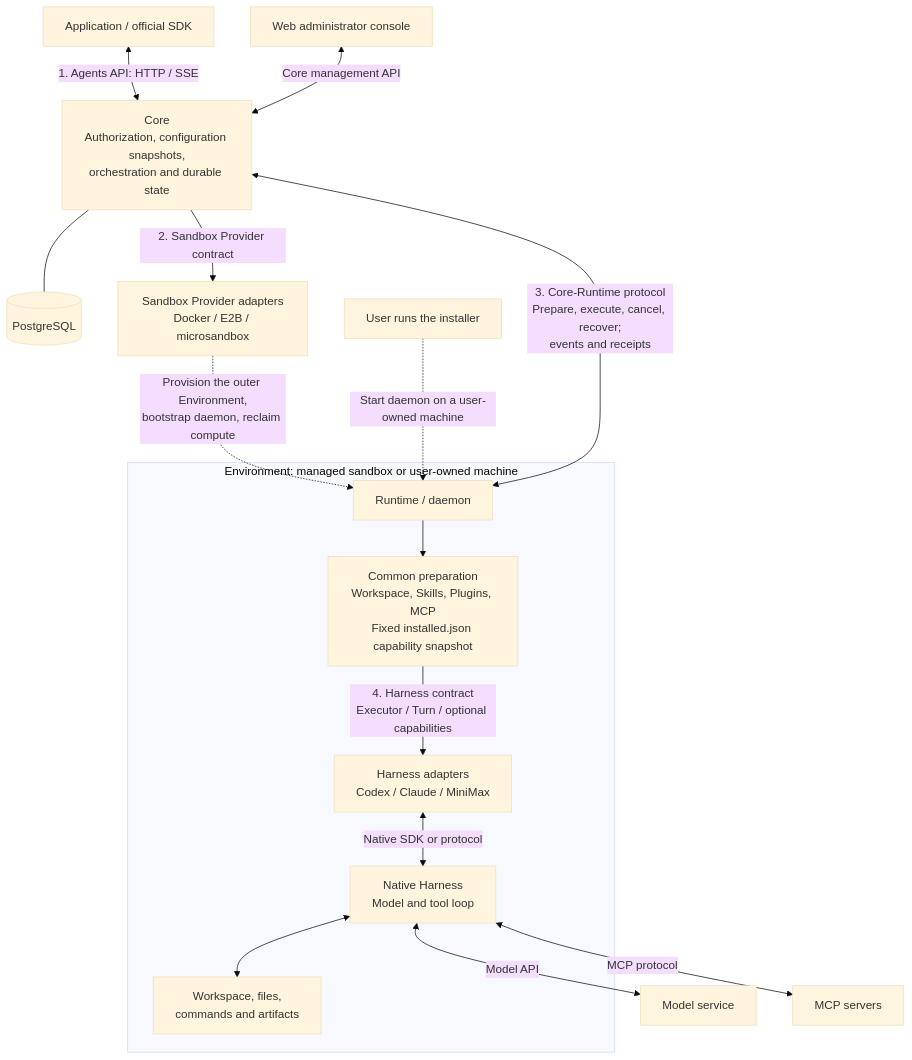
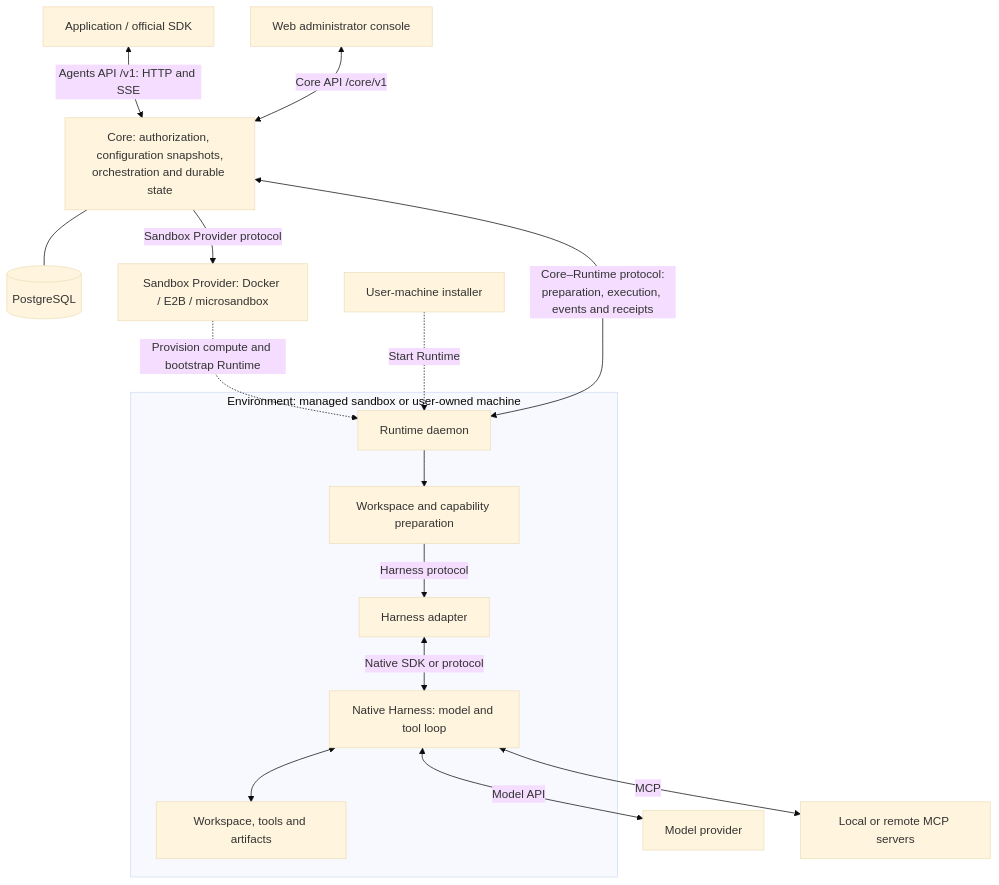
One commit to AllureCurtain/OpenAgentCore changed the diagram in docs/architecture.md. Above: the diagram before and after it, drawn with Mermaid (base theme). The commit also changed other lines of this file and 31 other files, not shown here.

````diff
--- a/docs/architecture.md
+++ b/docs/architecture.md
@@ -9,27 +5,19 @@
 ```mermaid
 flowchart TB
-    App["Application / official SDK"] <-->|"1. Agents API: HTTP / SSE"| Core
-    Web["Web administrator console"] <-->|"Core management API"| Core
-    Core["Core<br/>Authorization, configuration snapshots,<br/>orchestration and durable state"]
+    App["Application / official SDK"] <-->|"Agents API /v1: HTTP and SSE"| Core
+    Web["Web administrator console"] <-->|"Core API /core/v1"| Core
+    Core["Core: authorization, configuration snapshots,<br/>orchestration and durable state"]
     Core --- DB[("PostgreSQL")]
-
-    Core -->|"2. Sandbox Provider contract"| SP["Sandbox Provider adapters<br/>Docker / E2B / microsandbox"]
-    SP -.->|"Provision the outer Environment,<br/>bootstrap daemon, reclaim compute"| R
-    User["User runs the installer"] -.->|"Start daemon on a user-owned machine"| R
-    Core <-->|"3. Core-Runtime protocol<br/>Prepare, execute, cancel, recover;<br/>events and receipts"| R
-
+    Core -->|"Sandbox Provider protocol"| SP["Sandbox Provider: Docker / E2B / microsandbox"]
+    SP -.->|"Provision compute and bootstrap Runtime"| R
+    User["User-machine installer"] -.->|"Start Runtime"| R
+    Core <-->|"Core–Runtime protocol:<br/>preparation, execution, events and receipts"| R
     subgraph Env["Environment: managed sandbox or user-owned machine"]
-        R["Runtime / daemon"]
-        P["Common preparation<br/>Workspace, Skills, Plugins, MCP<br/>Fixed installed.json capability snapshot"]
-        A["Harness adapters<br/>Codex / Claude / MiniMax"]
-        H["Native Harness<br/>Model and tool loop"]
-        F["Workspace, files,<br/>commands and artifacts"]
-        R --> P
-        P -->|"4. Harness contract<br/>Executor / Turn / optional capabilities"| A
-        A <-->|"Native SDK or protocol"| H
-        H <--> F
+        R["Runtime daemon"] --> P["Workspace and capability preparation"]
+        P -->|"Harness protocol"| A["Harness adapter"]
+        A <-->|"Native SDK or protocol"| H["Native Harness: model and tool loop"]
+        H <--> F["Workspace, tools and artifacts"]
     end
-
-    H <-->|"Model API"| Model["Model service"]
-    H <-->|"MCP protocol"| MCP["MCP servers"]
+    H <-->|"Model API"| Model["Model provider"]
+    H <-->|"MCP"| MCP["Local or remote MCP servers"]
 ```
````
